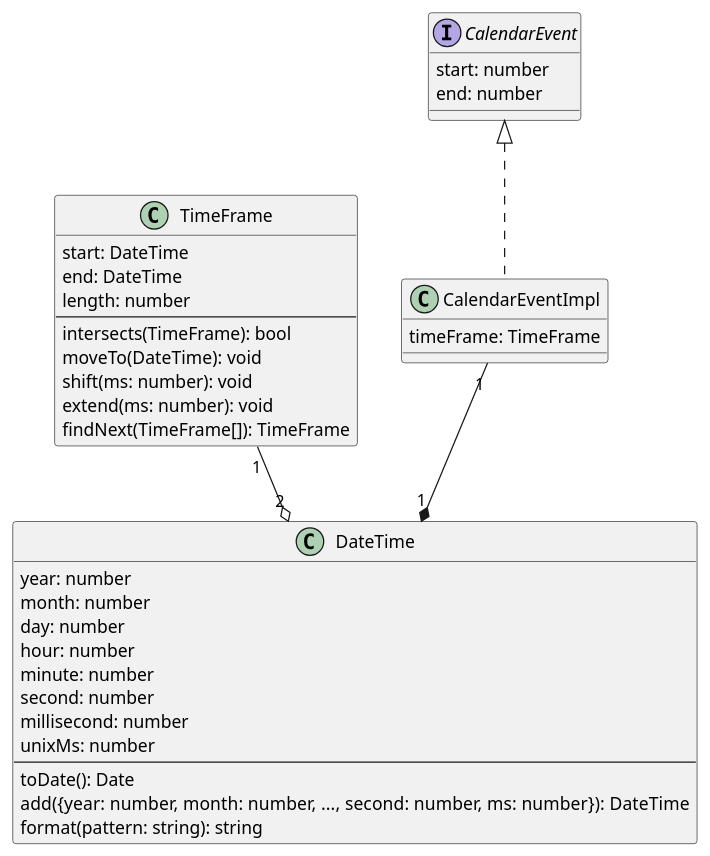
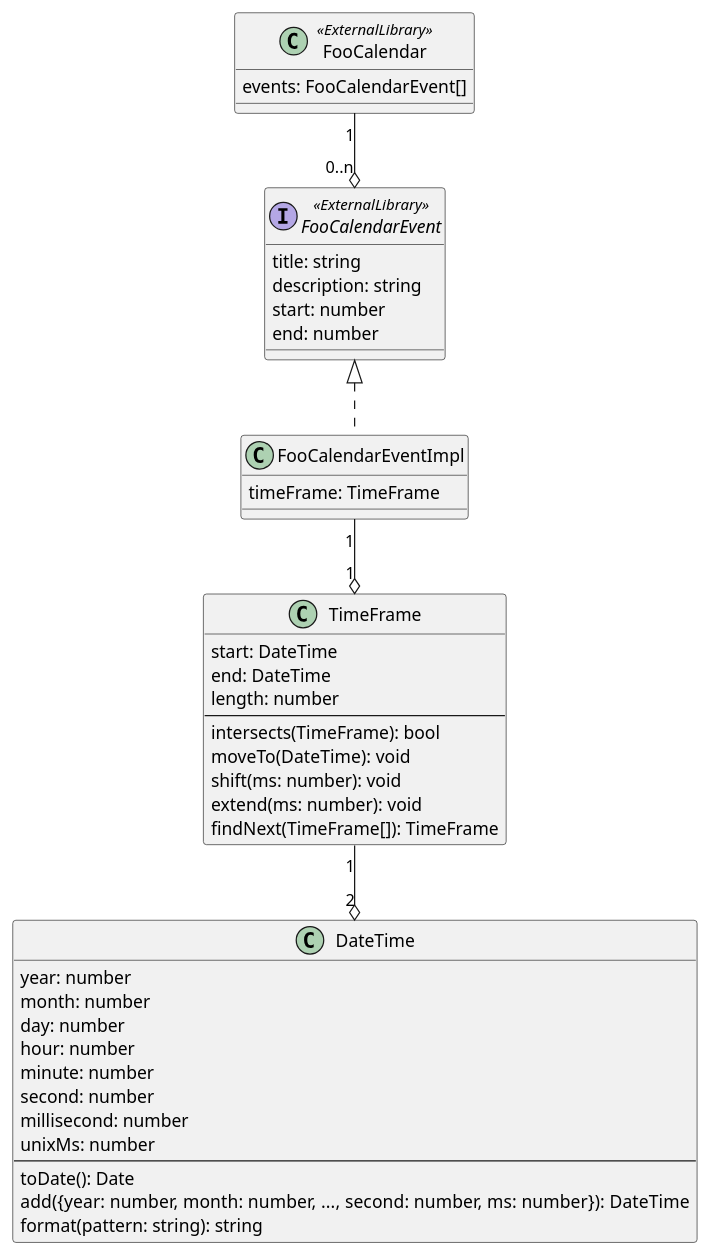
One commit to simpler-one/code.ugly-hackling changed the diagram in class-design/img/oop/no-util/beautiful.puml. Above: the diagram before and after it, drawn with PlantUML. The commit also changed 3 other files, not shown here.

```diff
--- a/class-design/img/oop/no-util/beautiful.puml
+++ b/class-design/img/oop/no-util/beautiful.puml
@@ -1,46 +1,55 @@
 @startuml beautiful
 
 
 class DateTime {
     year: number
     month: number
     day: number
     hour: number
     minute: number
     second: number
     millisecond: number
     unixMs: number
     ---
     toDate(): Date
     add({year: number, month: number, ..., second: number, ms: number}): DateTime
     format(pattern: string): string
 }
 
-interface CalendarEvent {
+
+class FooCalendar <<ExternalLibrary>> {
+    events: FooCalendarEvent[]
+}
+
+interface FooCalendarEvent <<ExternalLibrary>> {
+    title: string
+    description: string
     start: number
     end: number
 }
 
 class TimeFrame {
     start: DateTime
     end: DateTime
     length: number
     ---
     intersects(TimeFrame): bool
     moveTo(DateTime): void
     shift(ms: number): void
     extend(ms: number): void
     findNext(TimeFrame[]): TimeFrame
 }
 
 
-class CalendarEventImpl implements CalendarEvent {
+class FooCalendarEventImpl implements FooCalendarEvent {
     timeFrame: TimeFrame
 }
 
 
+FooCalendar "1" --o "0..n" FooCalendarEvent
+
 TimeFrame "1" --o "2" DateTime
 
-CalendarEventImpl "1" --* "1" DateTime
+FooCalendarEventImpl "1" --o "1" TimeFrame
 
 @enduml
```
